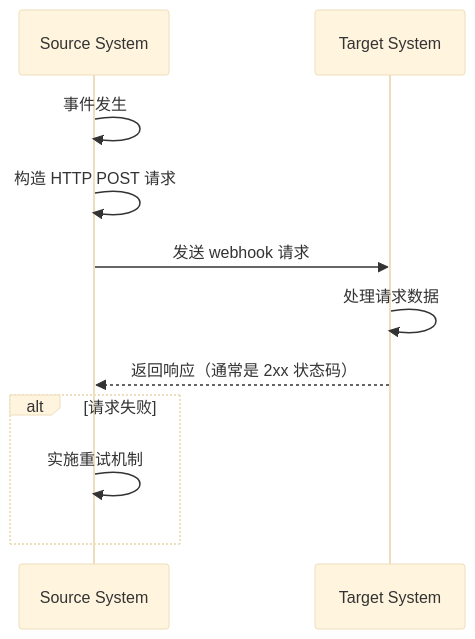
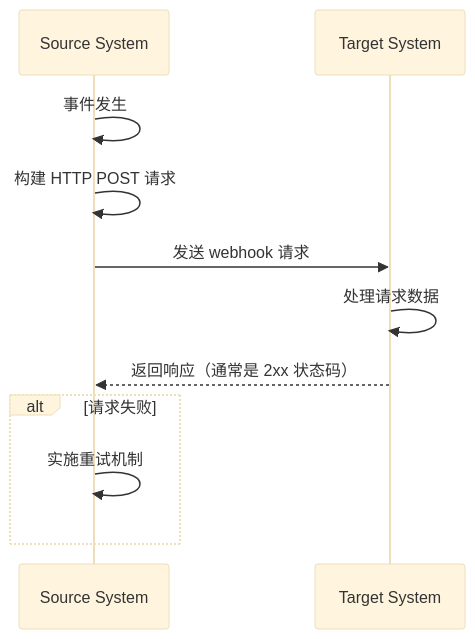
The first of 2 diagrams in src/content/terms/zh/webhook.mdx (logto-io/auth-wiki), drawn with Mermaid (base theme) before and after one commit. The commit also changed other lines of this file and 98 other files, not shown here.

````diff
--- a/src/content/terms/zh/webhook.mdx
+++ b/src/content/terms/zh/webhook.mdx
@@ -13,15 +13,15 @@
 ```mermaid
 sequenceDiagram
     participant Source System
     participant Target System
     
     Source System->>Source System: 事件发生
-    Source System->>Source System: 构造 HTTP POST 请求
+    Source System->>Source System: 构建 HTTP POST 请求
     Source System->>Target System: 发送 webhook 请求
     Target System->>Target System: 处理请求数据
     Target System-->>Source System: 返回响应（通常是 2xx 状态码）
     
     alt 请求失败
         Source System->>Source System: 实施重试机制
     end
 ```
````
